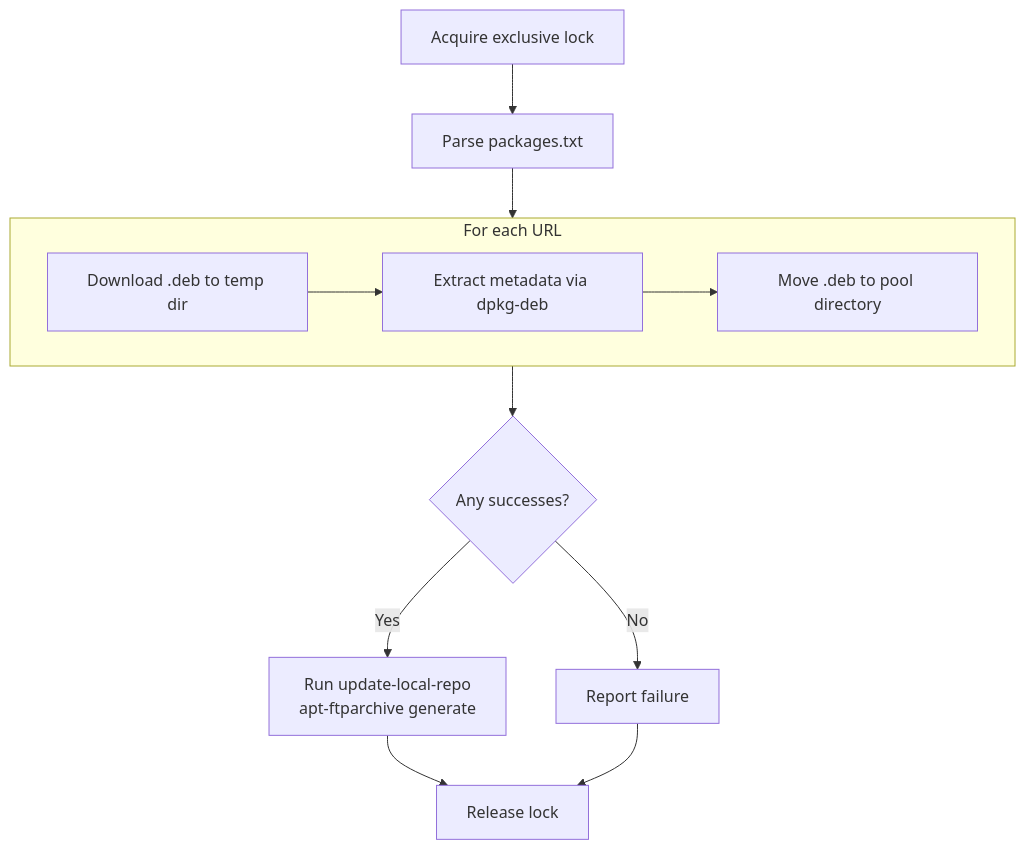
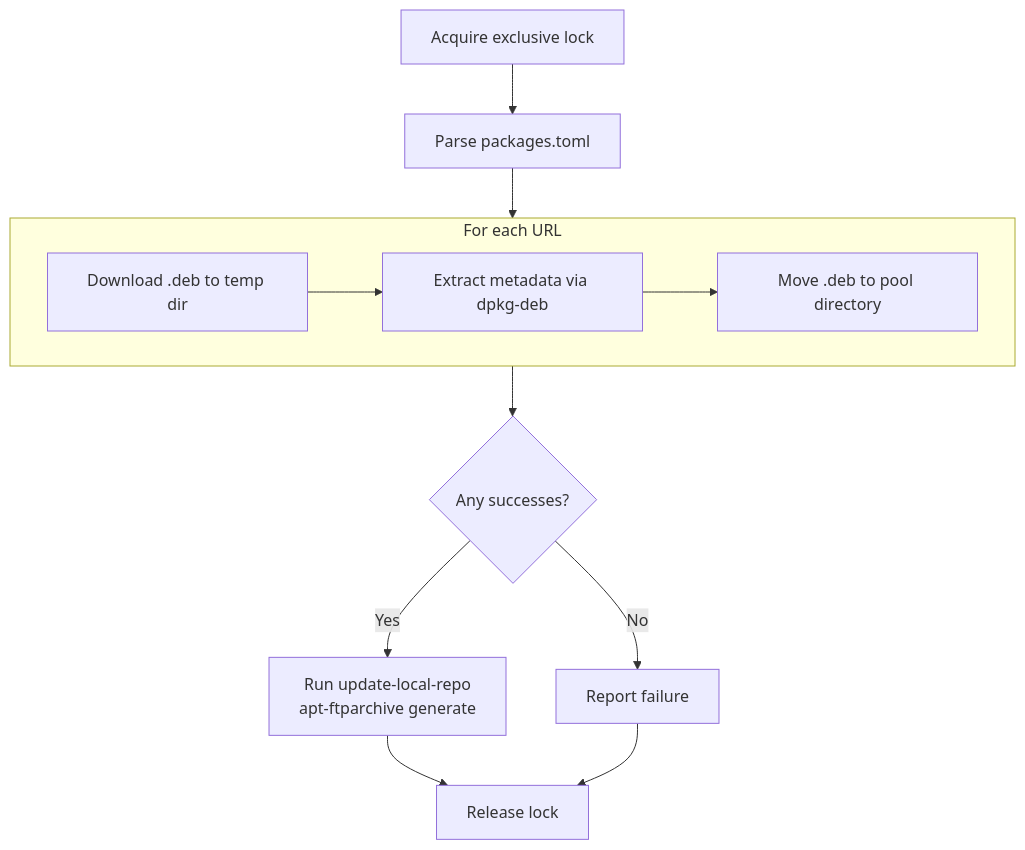
The diagram in docs/ARCHITECTURE.md (asasine/local-apt), drawn with Mermaid before and after one commit. The commit also changed other lines of this file and 14 other files, not shown here.

````diff
--- a/docs/ARCHITECTURE.md
+++ b/docs/ARCHITECTURE.md
@@ -11,16 +11,16 @@
 ```mermaid
 flowchart TD
-    A[Acquire exclusive lock] --> B[Parse packages.txt]
+    A[Acquire exclusive lock] --> B[Parse packages.toml]
     B --> Loop
 
     subgraph Loop [For each URL]
         D[Download .deb to temp dir] --> E[Extract metadata via dpkg-deb]
         E --> F[Move .deb to pool directory]
     end
 
     Loop --> G{Any successes?}
     G -- Yes --> H[Run update-local-repo\napt-ftparchive generate]
     G -- No --> I[Report failure]
     H --> J[Release lock]
     I --> J
 ```
````
